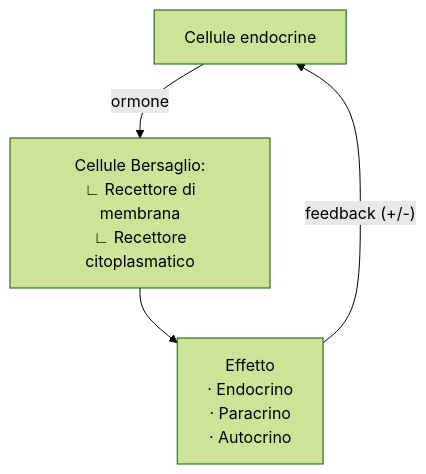
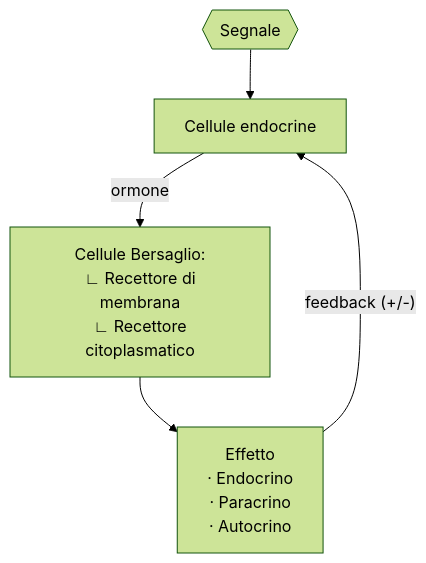
Before and after one commit to evicinelli/Med-Notes: the first of 2 diagrams in Med4/gemm/endocrino.md, drawn with Mermaid (forest theme). The commit also changed other lines of this file and 54 other files, not shown here.

````diff
--- a/Med4/gemm/endocrino.md
+++ b/Med4/gemm/endocrino.md
@@ -7,6 +11,7 @@
 ```{mermaid}
 flowchart TD
+	Z{{Segnale}} --> A
 	A[Cellule endocrine] -- ormone -->
 	B["Cellule Bersaglio:\n ∟ Recettore di membrana\n ∟ Recettore citoplasmatico"] -->
 	C["Effetto \n · Endocrino\n · Paracrino\n · Autocrino"] -- "feedback (+/-)" -->A
 ```
````
